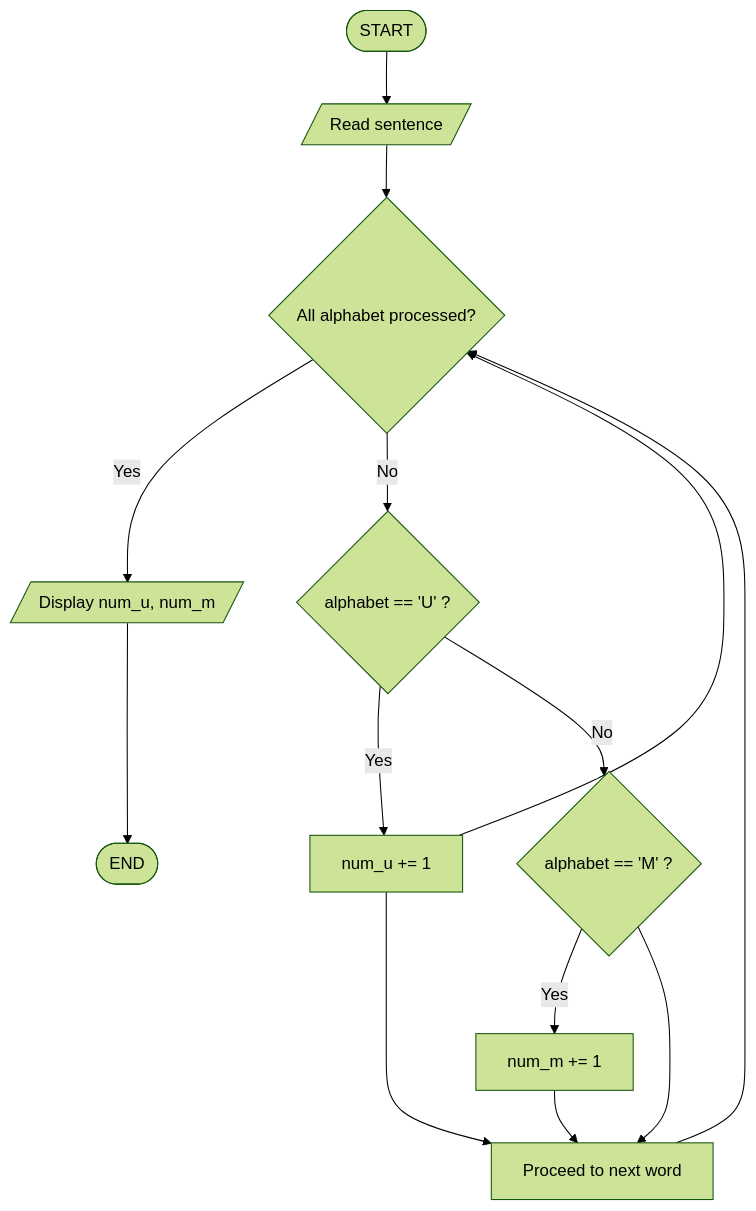
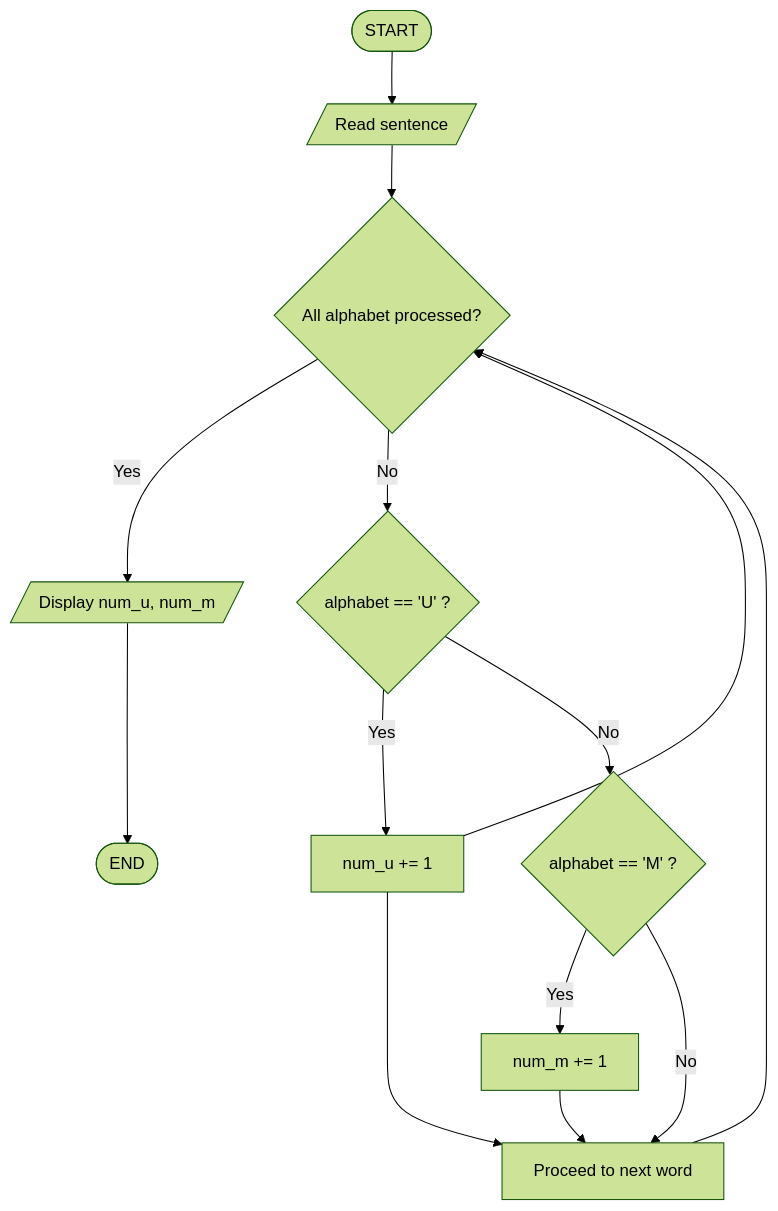
One commit to Tay25006739/WIX1002_W02_Tutorial_1 changed the eighth of 12 diagrams in README.md. Above: the diagram before and after it, drawn with Mermaid (forest theme). The commit also changed other lines of this file, not shown here.

Commit message:
Rechecked Flow chart

````diff
--- a/README.md
+++ b/README.md
@@ -227,18 +228,18 @@
 ```mermaid
 flowchart TD
     A([START]) --> B[/Read sentence/]
     B --> C{All alphabet processed?}
     C --> |Yes| D[/Display num_u, num_m/]
     C --> |No| E{alphabet == 'U' ?}
     E --> |Yes| F[num_u += 1]
     F --> C
     E --> |No| G{alphabet == 'M' ?}
     G --> |Yes| H[num_m += 1]
     H --> I[Proceed to next word]
     F --> I
-    G --> I
+    G --> |No| I
     I --> C
     D --> J([END])
     
 
 ```
````
